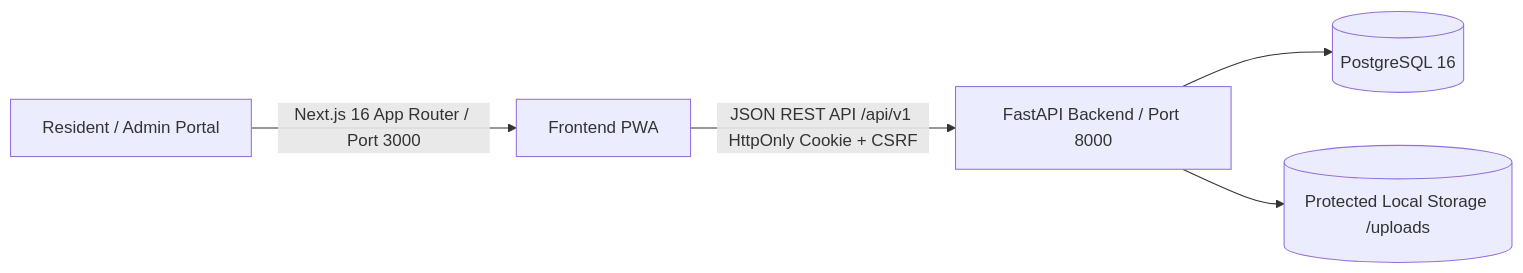
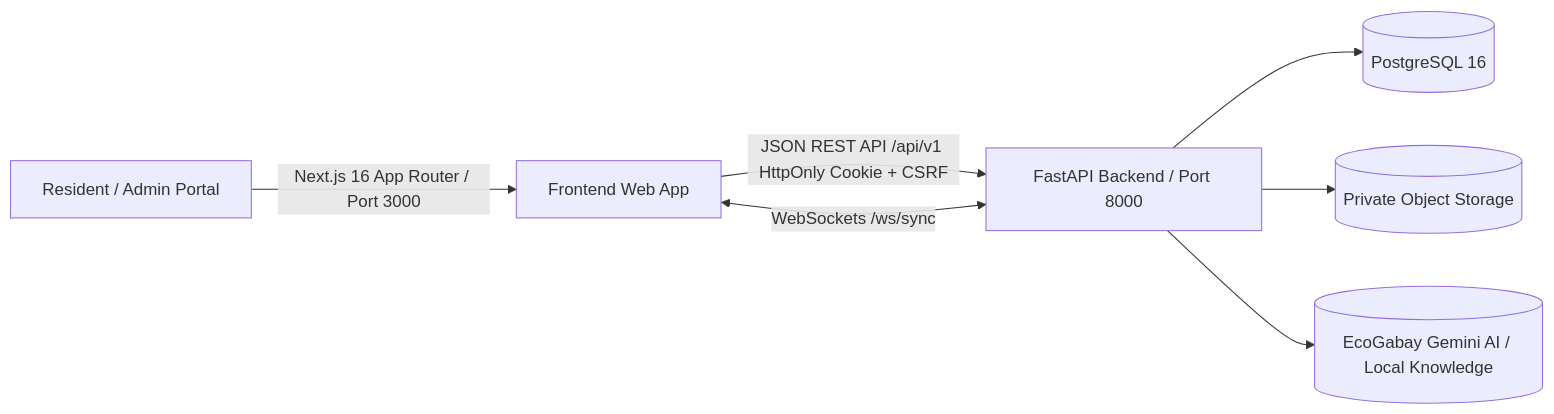
Before and after one commit to perezjazztin/SABTRACK-3.0: the diagram in README.md, drawn with Mermaid. The commit also changed other lines of this file and 75 other files, not shown here.

````diff
--- a/README.md
+++ b/README.md
@@ -43,7 +44,9 @@
 ```mermaid
 flowchart LR
-    Resident[Resident / Admin Portal] -->|Next.js 16 App Router / Port 3000| Web[Frontend PWA]
+    Resident[Resident / Admin Portal] -->|Next.js 16 App Router / Port 3000| Web[Frontend Web App]
     Web -->|JSON REST API /api/v1 HttpOnly Cookie + CSRF| API[FastAPI Backend / Port 8000]
+    Web <-->|WebSockets /ws/sync| API
     API --> DB[(PostgreSQL 16)]
-    API --> Store[(Protected Local Storage /uploads)]
+    API --> Store[(Private Object Storage)]
+    API --> AI[(EcoGabay Gemini AI / Local Knowledge)]
 ```
````
